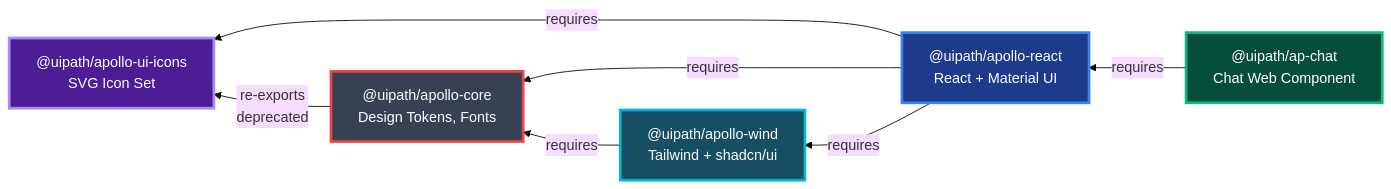
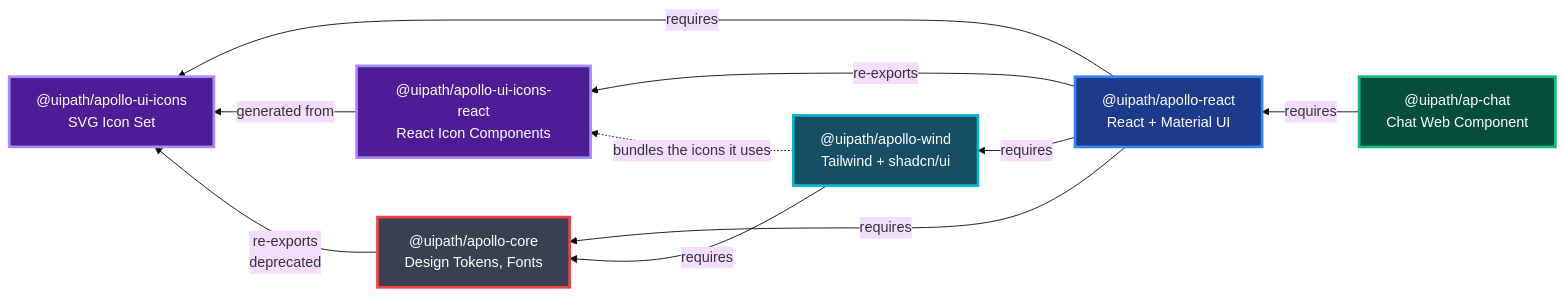
The diagram in README.md (UiPath/apollo-ui), drawn with Mermaid (base theme) before and after one commit. The commit also changed other lines of this file and 13 other files, not shown here.

First line of the commit message:
docs(repo): place apollo-ui-icons-react in the dependency graphs and guides [MST-17425]

````diff
--- a/README.md
+++ b/README.md
@@ -34,15 +34,19 @@
 ```mermaid
 graph RL
     React["@uipath/apollo-react<br/>React + Material UI"] -->|requires| Core["@uipath/apollo-core<br/>Design Tokens, Fonts"]
     Wind["@uipath/apollo-wind<br/>Tailwind + shadcn/ui"] -->|requires| Core
     React -->|requires| Wind
     Chat["@uipath/ap-chat<br/>Chat Web Component"] -->|requires| React
     React -->|requires| Icons["@uipath/apollo-ui-icons<br/>SVG Icon Set"]
+    React -->|re-exports| IconsReact["@uipath/apollo-ui-icons-react<br/>React Icon Components"]
+    IconsReact -->|generated from| Icons
+    Wind -.->|bundles the icons it uses| IconsReact
     Core -->|re-exports<br/>deprecated| Icons
 
     style Core fill:#374151,stroke:#ef4444,stroke-width:3px,color:#fff
     style React fill:#1e3a8a,stroke:#3b82f6,stroke-width:3px,color:#fff
     style Wind fill:#164e63,stroke:#06b6d4,stroke-width:3px,color:#fff
     style Chat fill:#064e3b,stroke:#10b981,stroke-width:3px,color:#fff
     style Icons fill:#4c1d95,stroke:#a78bfa,stroke-width:3px,color:#fff
+    style IconsReact fill:#4c1d95,stroke:#a78bfa,stroke-width:3px,color:#fff
 ```
````
